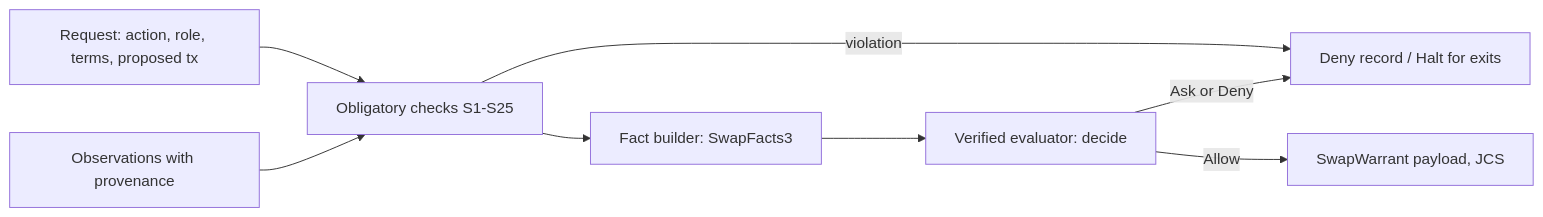
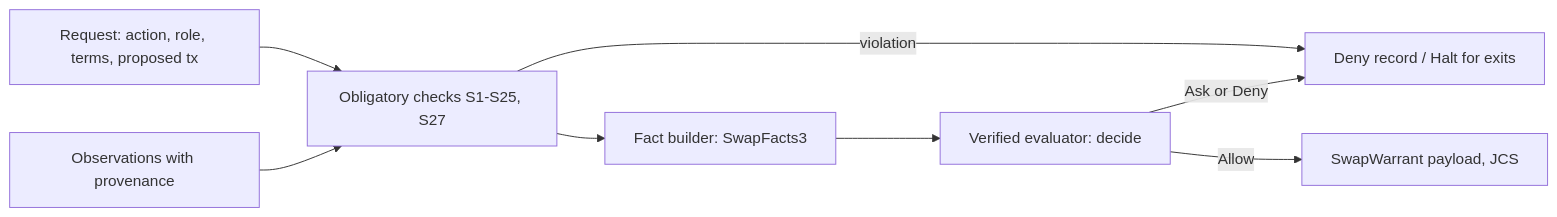
Before and after one commit to mnemonik-xyz/policy-execution: the diagram in swap-core/README.md, drawn with Mermaid. The commit also changed other lines of this file and 9 other files, not shown here.

````diff
--- a/swap-core/README.md
+++ b/swap-core/README.md
@@ -10,10 +10,10 @@
 ```mermaid
 flowchart LR
-  R[Request: action, role, terms, proposed tx] --> C[Obligatory checks S1-S25]
+  R[Request: action, role, terms, proposed tx] --> C[Obligatory checks S1-S25, S27]
   O[Observations with provenance] --> C
   C -- violation --> D[Deny record / Halt for exits]
   C --> F[Fact builder: SwapFacts3]
   F --> E[Verified evaluator: decide]
   E -- Allow --> W[SwapWarrant payload, JCS]
   E -- Ask or Deny --> D
 ```
````
